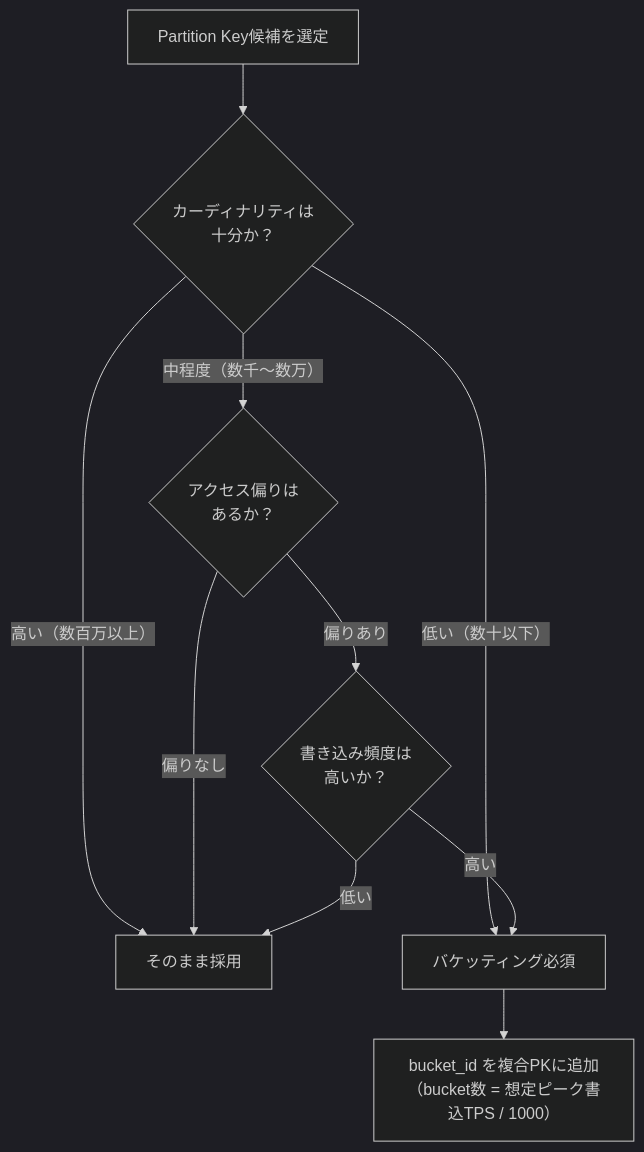
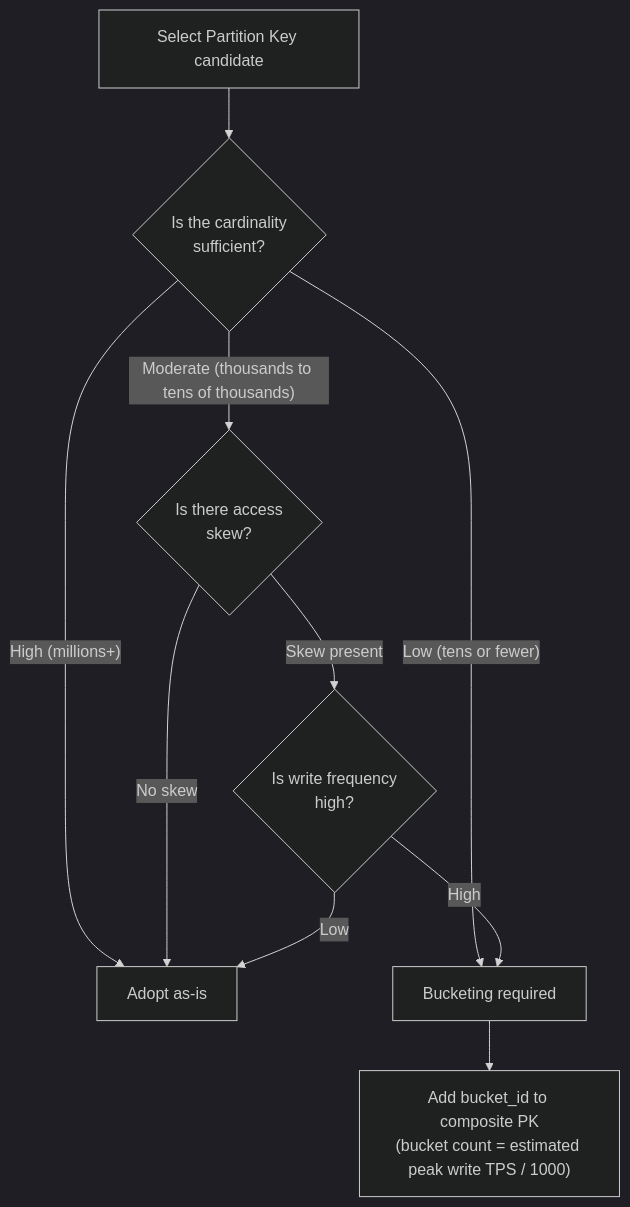
One commit to wfukatsu/nexus-architect changed the second of 2 diagrams in workflow/greenfield/04_data_model_design.md. Above: the diagram before and after it, drawn with Mermaid (dark theme). The commit also changed other lines of this file and 6 other files, not shown here.

````diff
--- a/workflow/greenfield/04_data_model_design.md
+++ b/workflow/greenfield/04_data_model_design.md
@@ -127,12 +127,12 @@
 ```mermaid
 flowchart TD
-    A["Partition Key候補を選定"] --> B{"カーディナリティは\n十分か？"}
-    B -->|"高い（数百万以上）"| C["そのまま採用"]
-    B -->|"中程度（数千〜数万）"| D{"アクセス偏りは\nあるか？"}
-    B -->|"低い（数十以下）"| E["バケッティング必須"]
-    D -->|"偏りなし"| C
-    D -->|"偏りあり"| F{"書き込み頻度は\n高いか？"}
-    F -->|"高い"| E
-    F -->|"低い"| C
-    E --> G["bucket_id を複合PKに追加\n（bucket数 = 想定ピーク書込TPS / 1000）"]
+    A["Select Partition Key candidate"] --> B{"Is the cardinality\nsufficient?"}
+    B -->|"High (millions+)"| C["Adopt as-is"]
+    B -->|"Moderate (thousands to tens of thousands)"| D{"Is there access\nskew?"}
+    B -->|"Low (tens or fewer)"| E["Bucketing required"]
+    D -->|"No skew"| C
+    D -->|"Skew present"| F{"Is write frequency\nhigh?"}
+    F -->|"High"| E
+    F -->|"Low"| C
+    E --> G["Add bucket_id to composite PK\n(bucket count = estimated peak write TPS / 1000)"]
 ```
````
